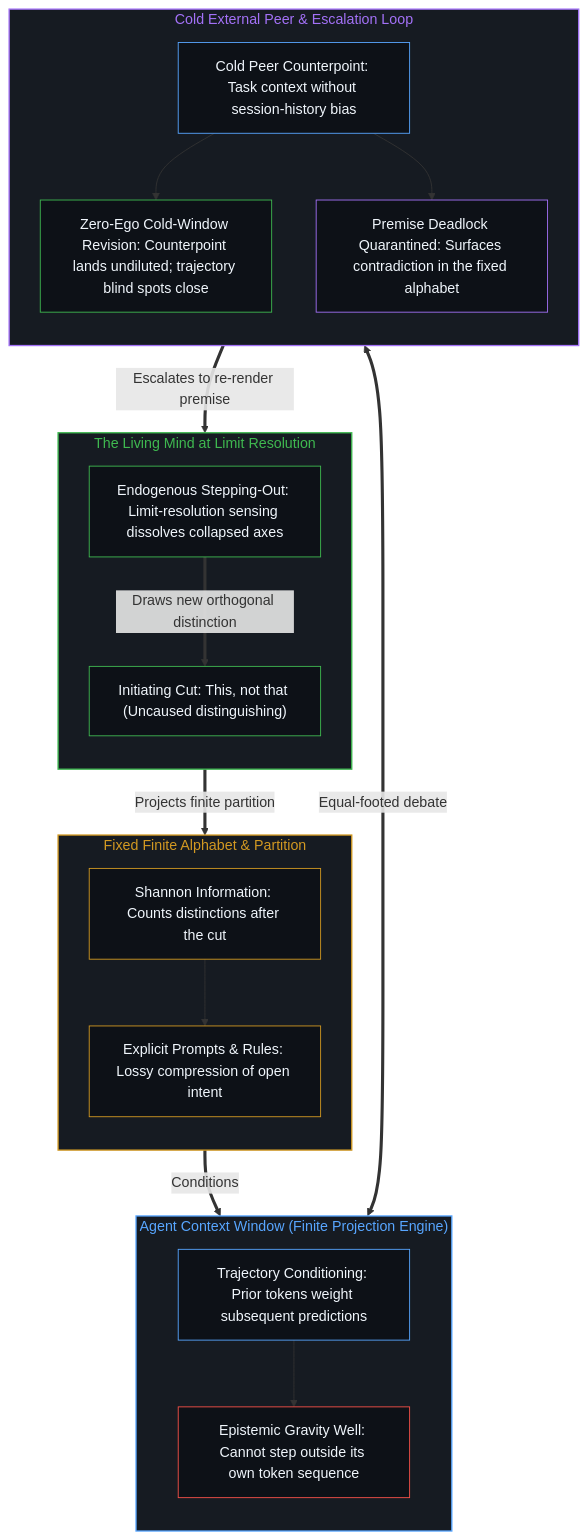
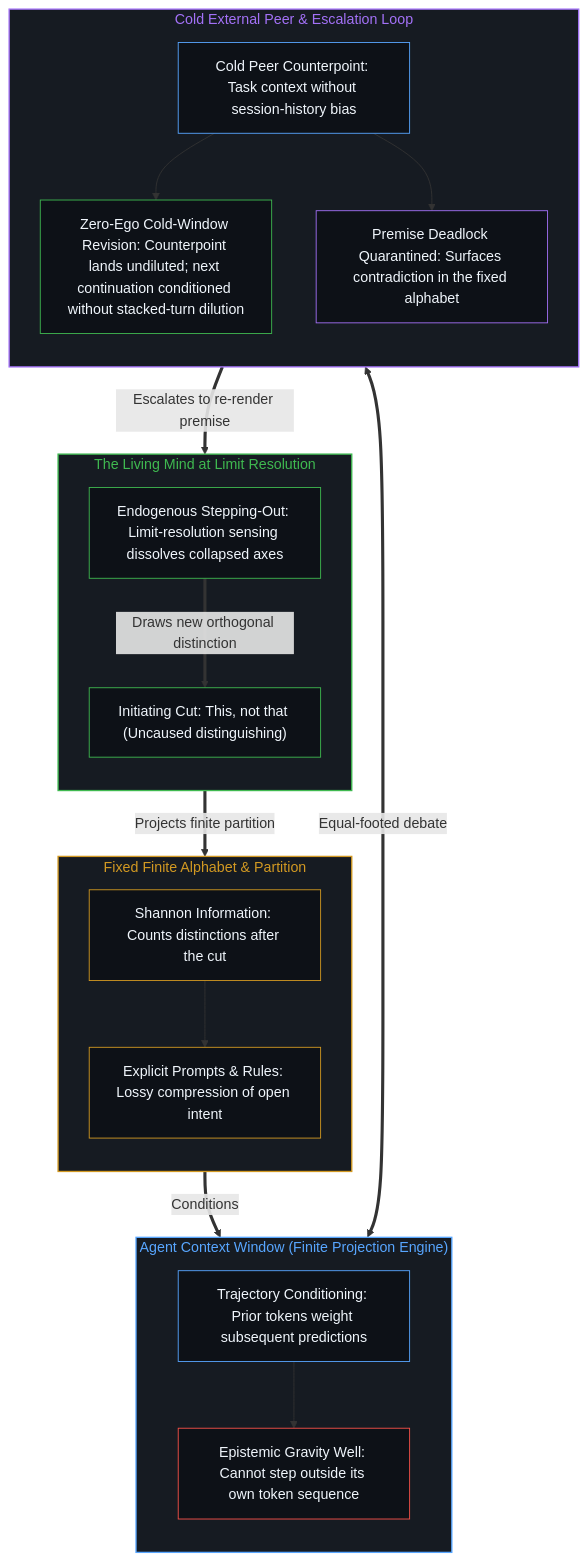
Before and after one commit to powerpig99/not-a-toe: the second of 2 diagrams in content/posts/what-information-is.md, drawn with Mermaid. The commit also changed other lines of this file and 5 other files, not shown here.

````diff
--- a/content/posts/what-information-is.md
+++ b/content/posts/what-information-is.md
@@ -92,46 +92,46 @@
 ```mermaid
 flowchart TD
     subgraph S_Mind["The Living Mind at Limit Resolution"]
         direction TB
         C1["Initiating Cut: This, not that (Uncaused distinguishing)"]
         C2["Endogenous Stepping-Out: Limit-resolution sensing dissolves collapsed axes"]
     end
     subgraph S_Alphabet["Fixed Finite Alphabet & Partition"]
         direction TB
         M1["Shannon Information: Counts distinctions after the cut"]
         M2["Explicit Prompts & Rules: Lossy compression of open intent"]
         M1 --> M2
     end
     subgraph S_Engine["Agent Context Window (Finite Projection Engine)"]
         direction TB
         E1["Trajectory Conditioning: Prior tokens weight subsequent predictions"]
         E2["Epistemic Gravity Well: Cannot step outside its own token sequence"]
         E1 --> E2
     end
     subgraph S_Peer["Cold External Peer & Escalation Loop"]
         direction TB
         P1["Cold Peer Counterpoint: Task context without session-history bias"]
-        P2["Zero-Ego Cold-Window Revision: Counterpoint lands undiluted; trajectory blind spots close"]
+        P2["Zero-Ego Cold-Window Revision: Counterpoint lands undiluted; next continuation conditioned without stacked-turn dilution"]
         P3["Premise Deadlock Quarantined: Surfaces contradiction in the fixed alphabet"]
         P1 --> P2
         P1 --> P3
     end
     C1 ==>|"Projects finite partition"| M1
     M2 ==>|"Conditions"| E1
     E2 <===>|"Equal-footed debate"| P1
     P3 ==>|"Escalates to re-render premise"| C2
     C2 ==>|"Draws new orthogonal distinction"| C1
     style S_Mind fill:#161b22,stroke:#3fb950,stroke-width:1.5px,color:#3fb950
     style S_Alphabet fill:#161b22,stroke:#d29922,stroke-width:1.5px,color:#d29922
     style S_Engine fill:#161b22,stroke:#58a6ff,stroke-width:1.5px,color:#58a6ff
     style S_Peer fill:#161b22,stroke:#a371f7,stroke-width:1.5px,color:#a371f7
     style C1 fill:#0d1117,stroke:#3fb950,stroke-width:1px,color:#f0f6fc
     style C2 fill:#0d1117,stroke:#3fb950,stroke-width:1px,color:#f0f6fc
     style M1 fill:#0d1117,stroke:#d29922,stroke-width:1px,color:#f0f6fc
     style M2 fill:#0d1117,stroke:#d29922,stroke-width:1px,color:#f0f6fc
     style E1 fill:#0d1117,stroke:#58a6ff,stroke-width:1px,color:#f0f6fc
     style E2 fill:#0d1117,stroke:#f85149,stroke-width:1px,color:#f0f6fc
     style P1 fill:#0d1117,stroke:#58a6ff,stroke-width:1px,color:#f0f6fc
     style P2 fill:#0d1117,stroke:#3fb950,stroke-width:1px,color:#f0f6fc
     style P3 fill:#0d1117,stroke:#a371f7,stroke-width:1px,color:#f0f6fc
 ```
````
